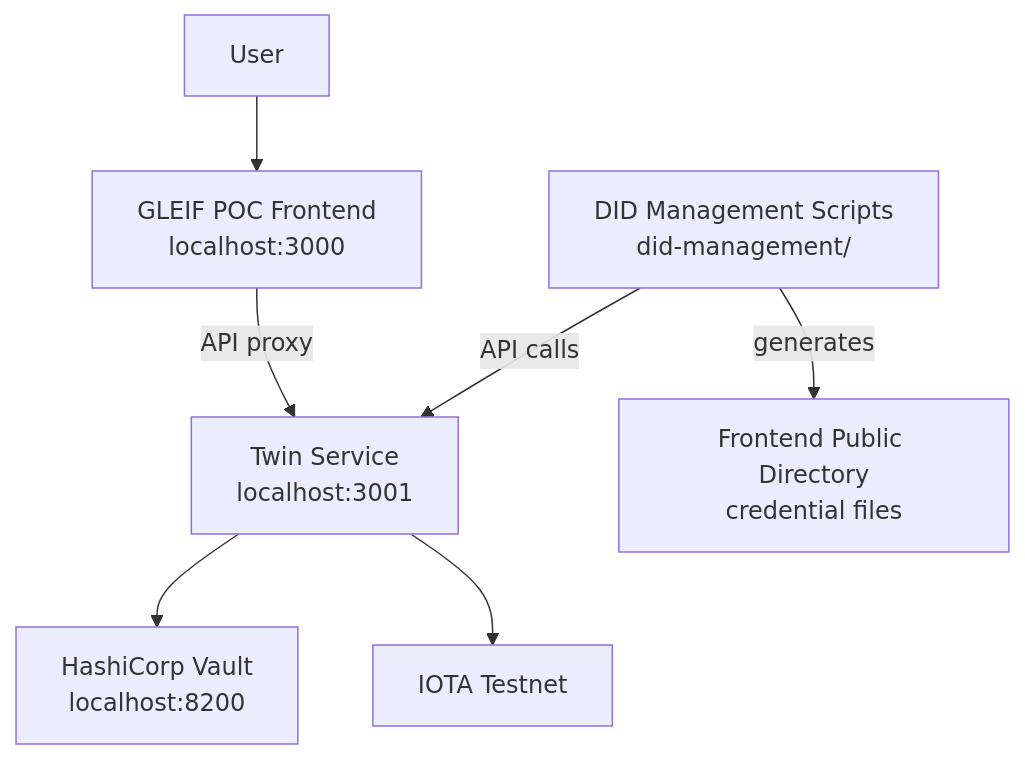
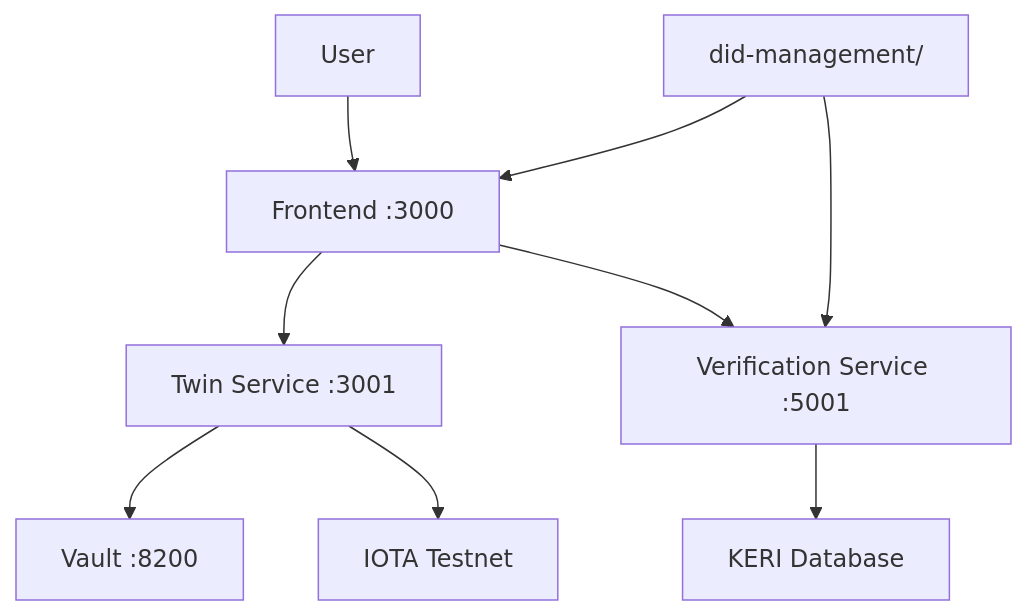
One commit to gtscio/gleif-poc changed the first of 2 diagrams in README.md. Above: the diagram before and after it, drawn with Mermaid. The commit also changed other lines of this file and 27 other files, not shown here.

````diff
--- a/README.md
+++ b/README.md
@@ -38,9 +16,11 @@
 ```mermaid
 graph TD
-    A[User] --> B[GLEIF POC Frontend<br/>localhost:3000];
-    B -->|API proxy| C[Twin Service<br/>localhost:3001];
-    C --> D[HashiCorp Vault<br/>localhost:8200];
-    C --> E[IOTA Testnet];
-    F[DID Management Scripts<br/>did-management/] -->|API calls| C;
-    F -->|generates| G[Frontend Public Directory<br/>credential files];
+  A[User] --> B[Frontend :3000]
+  B --> C[Twin Service :3001]
+  B --> H[Verification Service :5001]
+  C --> D[Vault :8200]
+  C --> E[IOTA Testnet]
+  H --> F[KERI Database]
+  DM[did-management/] --> B
+  DM --> H
 ```
````
